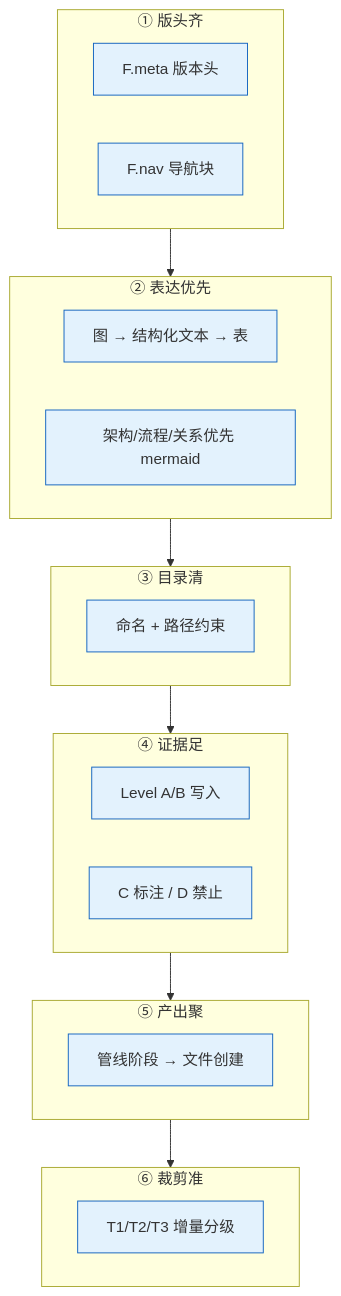
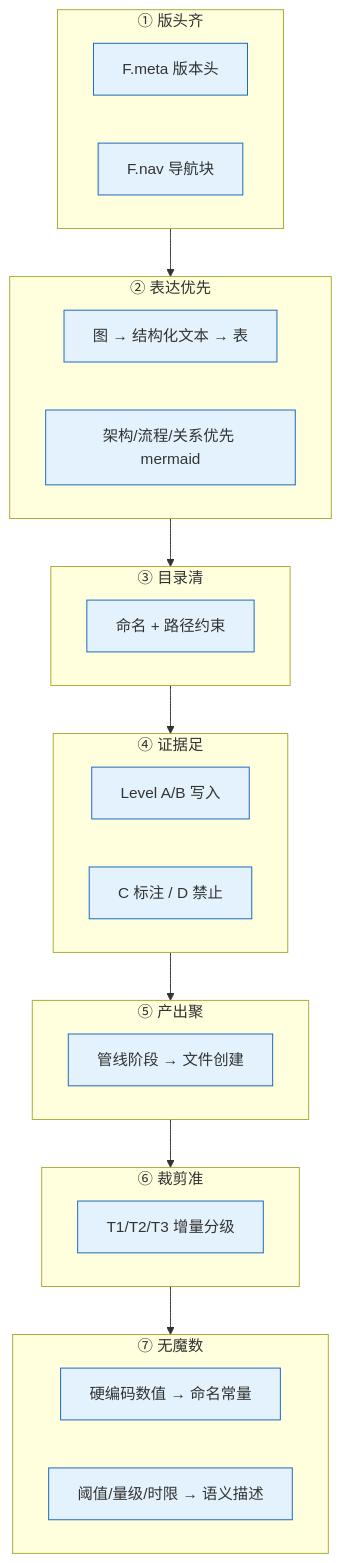
Before and after one commit to effiy/YrY: the first of 10 diagrams in rules/doc-generation.md, drawn with Mermaid. The commit also changed other lines of this file and 6 other files, not shown here.

````diff
--- a/rules/doc-generation.md
+++ b/rules/doc-generation.md
@@ -15,28 +15,32 @@
 ```mermaid
 flowchart TB
     subgraph C1["① 版头齐"]
         H1["F.meta 版本头"]:::c
         H2["F.nav 导航块"]:::c
     end
     subgraph C2["② 表达优先"]
         G1["图 → 结构化文本 → 表"]:::c
         G2["架构/流程/关系优先 mermaid"]:::c
     end
     subgraph C3["③ 目录清"]
         D1["命名 + 路径约束"]:::c
     end
     subgraph C4["④ 证据足"]
         E1["Level A/B 写入"]:::c
         E2["C 标注 / D 禁止"]:::c
     end
     subgraph C5["⑤ 产出聚"]
         O1["管线阶段 → 文件创建"]:::c
     end
     subgraph C6["⑥ 裁剪准"]
         T1["T1/T2/T3 增量分级"]:::c
     end
+    subgraph C7["⑦ 无魔数"]
+        N1["硬编码数值 → 命名常量"]:::c
+        N2["阈值/量级/时限 → 语义描述"]:::c
+    end
 
-    C1 --> C2 --> C3 --> C4 --> C5 --> C6
+    C1 --> C2 --> C3 --> C4 --> C5 --> C6 --> C7
 
     classDef c fill:#e3f2fd,stroke:#1565c0;
 ```
````
